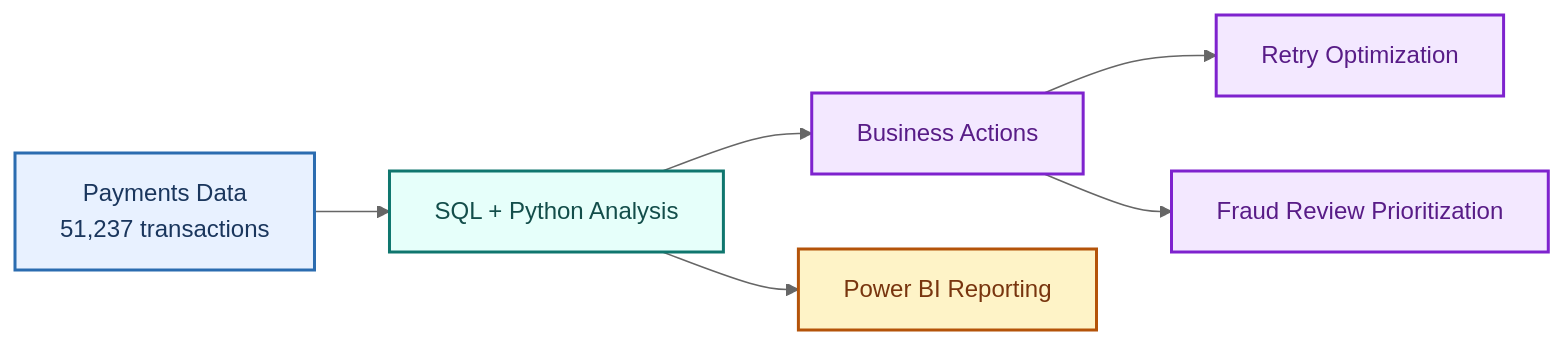
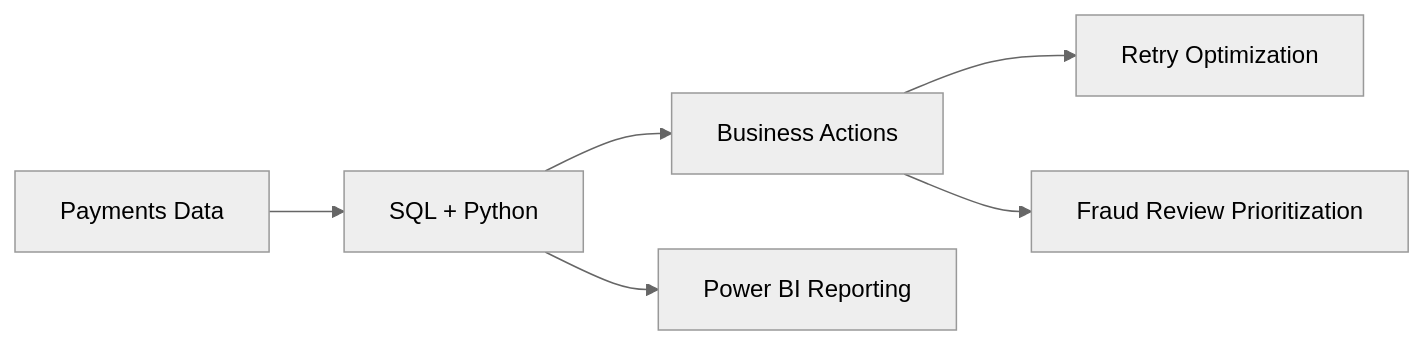
Before and after one commit to Udaylakkaraju/Payment-Fraud-Detection: the diagram in README.md, drawn with Mermaid (neutral theme). The commit also changed other lines of this file and 21 other files, not shown here.

````diff
--- a/README.md
+++ b/README.md
@@ -22,18 +105,8 @@
 ```mermaid
 flowchart LR
-    A[Payments Data<br/>51,237 transactions] --> B[SQL + Python Analysis]
+    A[Payments Data] --> B[SQL + Python]
     B --> C[Business Actions]
     B --> D[Power BI Reporting]
     C --> E[Retry Optimization]
     C --> F[Fraud Review Prioritization]
-
-    classDef data fill:#E8F1FF,stroke:#2B6CB0,stroke-width:2px,color:#1A365D;
-    classDef analytics fill:#E6FFFA,stroke:#0F766E,stroke-width:2px,color:#134E4A;
-    classDef reporting fill:#FEF3C7,stroke:#B45309,stroke-width:2px,color:#78350F;
-    classDef actions fill:#F3E8FF,stroke:#7E22CE,stroke-width:2px,color:#581C87;
-
-    class A data;
-    class B analytics;
-    class D reporting;
-    class C,E,F actions;
 ```
````
